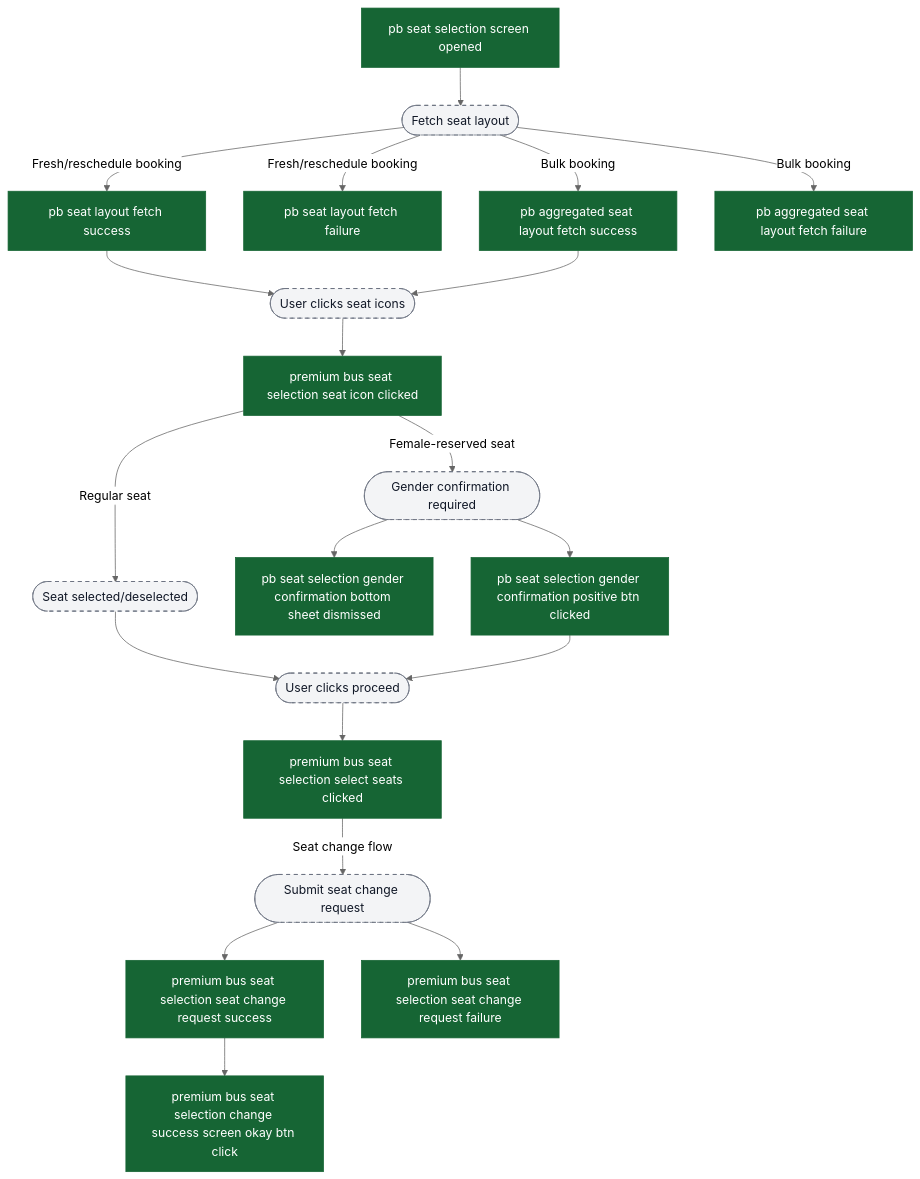
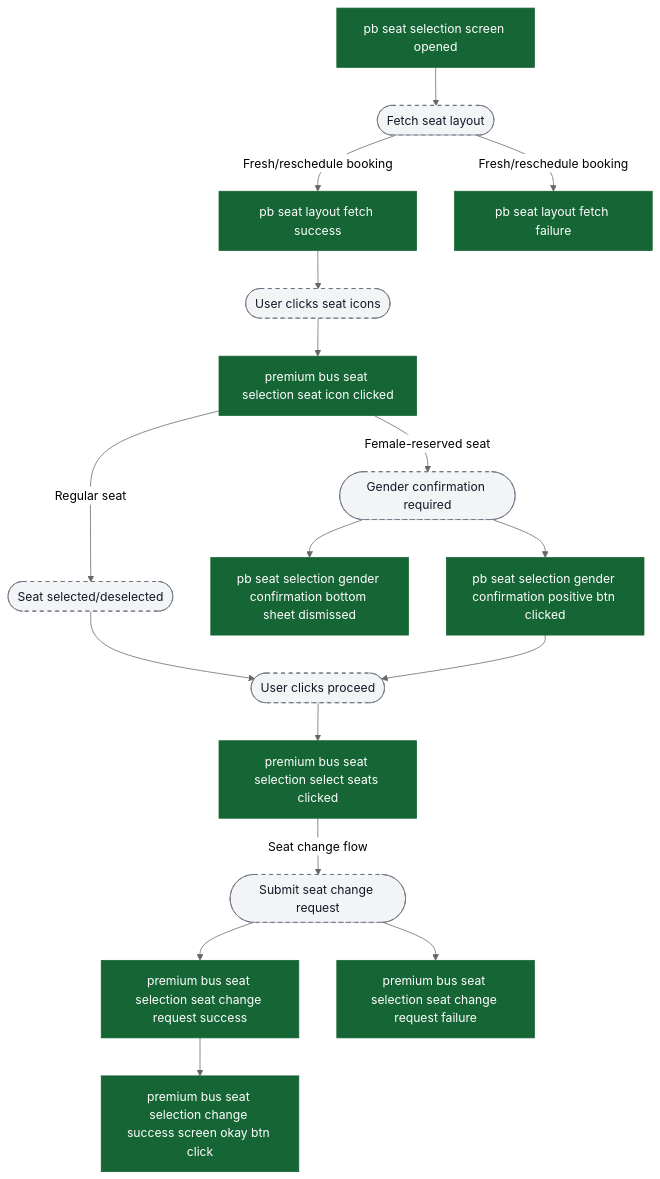
The sixth of 7 diagrams in content/analytics/premium-bus-booking/flow-diagrams.md (ratulsarna/chalo-app-dashboard), drawn with Mermaid (neutral theme) before and after one commit. The commit also changed other lines of this file and 9 other files, not shown here.

First line of the commit message:
Add flow diagrams for Premium Bus bulk booking and manage rides analytics events

````diff
--- a/content/analytics/premium-bus-booking/flow-diagrams.md
+++ b/content/analytics/premium-bus-booking/flow-diagrams.md
@@ -408,38 +237,34 @@
 ```mermaid
 flowchart TD
   ev_seatScreenOpen["pb seat selection screen opened"] --> ui_layoutFetch([Fetch seat layout])
 
   ui_layoutFetch -->|Fresh/reschedule booking| ev_layoutSuccess["pb seat layout fetch success"]
   ui_layoutFetch -->|Fresh/reschedule booking| ev_layoutFailed["pb seat layout fetch failure"]
 
-  ui_layoutFetch -->|Bulk booking| ev_aggLayoutSuccess["pb aggregated seat layout fetch success"]
-  ui_layoutFetch -->|Bulk booking| ev_aggLayoutFailed["pb aggregated seat layout fetch failure"]
-
   ev_layoutSuccess --> ui_userClicksSeat([User clicks seat icons])
-  ev_aggLayoutSuccess --> ui_userClicksSeat
 
   ui_userClicksSeat --> ev_seatIconClicked["premium bus seat selection seat icon clicked"]
 
   ev_seatIconClicked -->|Female-reserved seat| ui_genderCheck([Gender confirmation required])
   ui_genderCheck --> ev_genderConfirm["pb seat selection gender confirmation positive btn clicked"]
   ui_genderCheck --> ev_genderDismiss["pb seat selection gender confirmation bottom sheet dismissed"]
 
   ev_seatIconClicked -->|Regular seat| ui_seatSelected([Seat selected/deselected])
 
   ui_seatSelected --> ui_userProceeds([User clicks proceed])
   ev_genderConfirm --> ui_userProceeds
 
   ui_userProceeds --> ev_selectSeatsClicked["premium bus seat selection select seats clicked"]
 
   ev_selectSeatsClicked -->|Seat change flow| ui_seatChangeRequest([Submit seat change request])
   ui_seatChangeRequest --> ev_changeSuccess["premium bus seat selection seat change request success"]
   ui_seatChangeRequest --> ev_changeFailed["premium bus seat selection seat change request failure"]
 
   ev_changeSuccess --> ev_changeOkayClicked["premium bus seat selection change success screen okay btn click"]
 
   classDef event fill:#166534,stroke:#166534,color:#ffffff;
   classDef ui fill:#f3f4f6,stroke:#6b7280,stroke-dasharray: 5 5,color:#111827;
 
-  class ev_seatScreenOpen,ev_layoutSuccess,ev_layoutFailed,ev_aggLayoutSuccess,ev_aggLayoutFailed,ev_seatIconClicked,ev_genderConfirm,ev_genderDismiss,ev_selectSeatsClicked,ev_changeSuccess,ev_changeFailed,ev_changeOkayClicked event;
+  class ev_seatScreenOpen,ev_layoutSuccess,ev_layoutFailed,ev_seatIconClicked,ev_genderConfirm,ev_genderDismiss,ev_selectSeatsClicked,ev_changeSuccess,ev_changeFailed,ev_changeOkayClicked event;
   class ui_layoutFetch,ui_userClicksSeat,ui_genderCheck,ui_seatSelected,ui_userProceeds,ui_seatChangeRequest ui;
 ```
````
